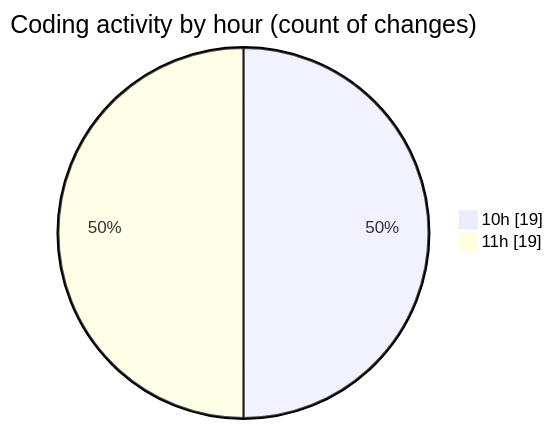
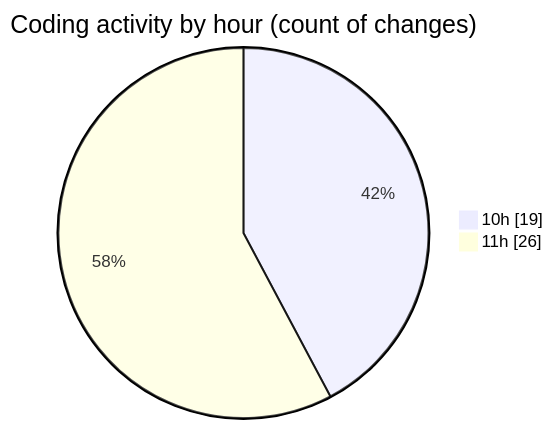
The second of 2 diagrams in 2025-03-18/cda/README.md (momahboobian/code-tracking), drawn with Mermaid before and after one commit. The commit also changed other lines of this file and 1 other file, not shown here.

````diff
--- a/2025-03-18/cda/README.md
+++ b/2025-03-18/cda/README.md
@@ -42,6 +42,6 @@
 ```mermaid
 pie showData
 title Coding activity by hour (count of changes)
 "10h" : 19
-"11h" : 19
+"11h" : 26
 ```
````
